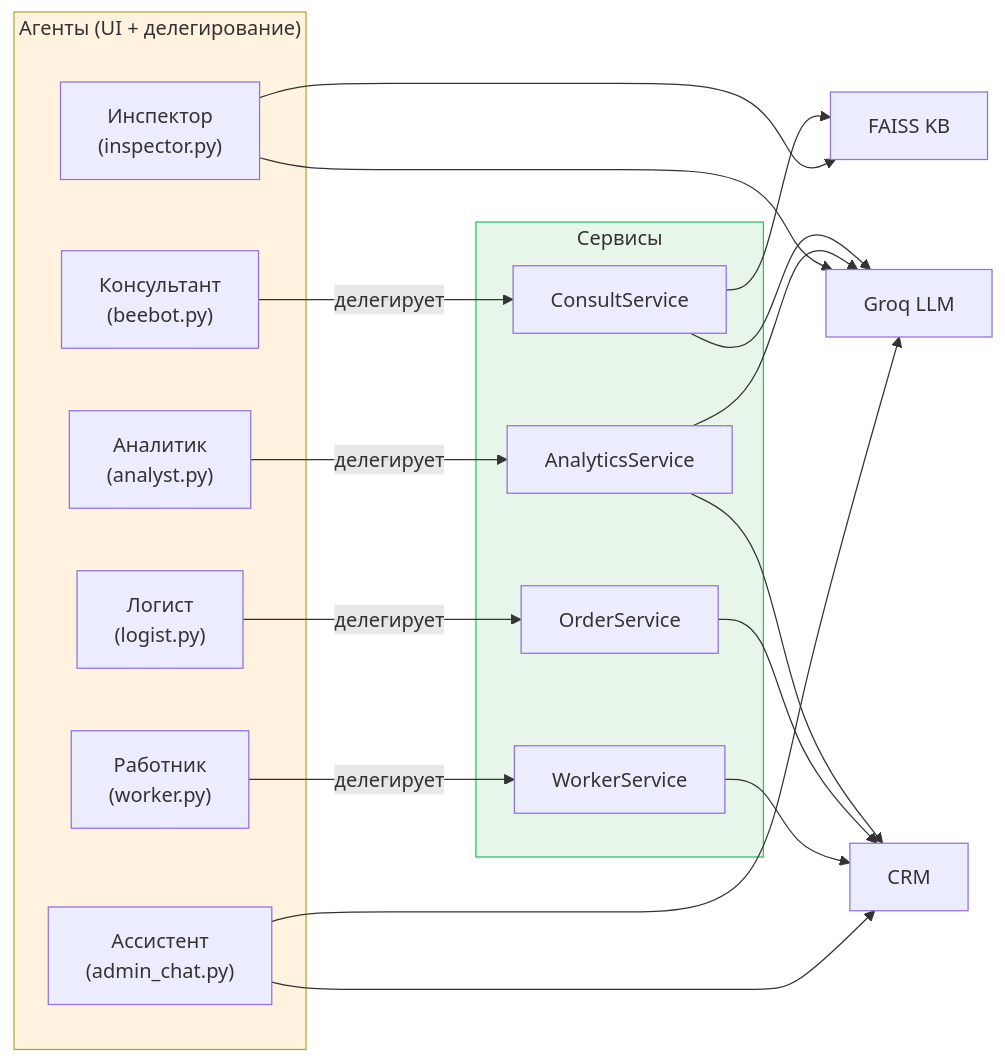
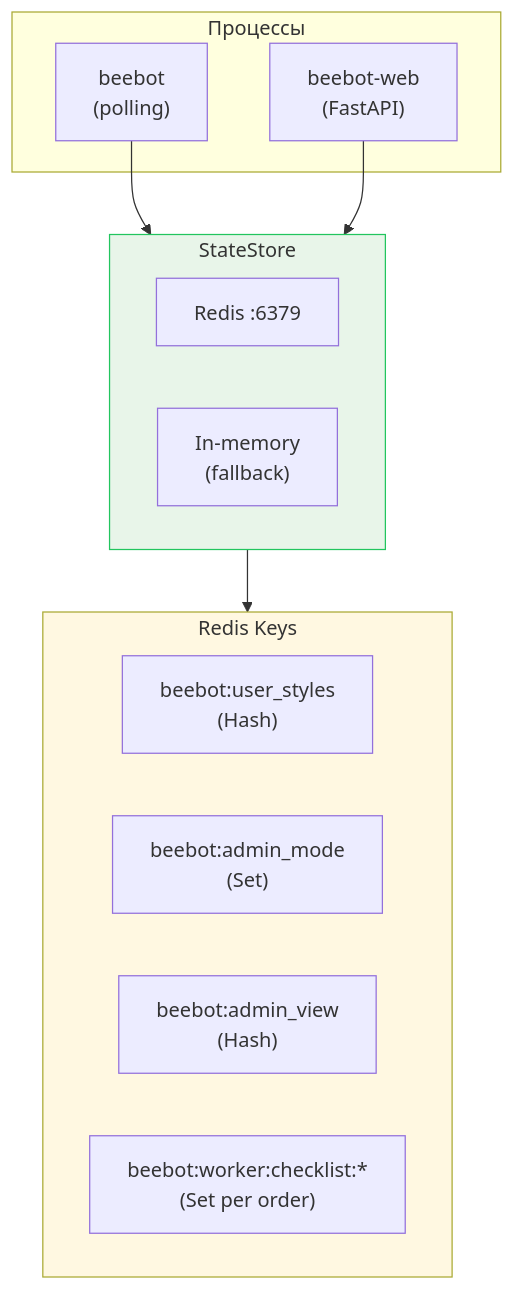
One commit to unidel2035/BEEBOT changed the seventh of 15 diagrams in docs/architecture.md. Above: the diagram before and after it, drawn with Mermaid. The commit also changed other lines of this file and 19 other files, not shown here.

````diff
--- a/docs/architecture.md
+++ b/docs/architecture.md
@@ -175,37 +316,26 @@
 ```mermaid
-graph LR
-    subgraph AGENTS["Агенты (UI + делегирование)"]
-        BEEBOT["Консультант<br/>(beebot.py)"]
-        LOGIST["Логист<br/>(logist.py)"]
-        ANALYST["Аналитик<br/>(analyst.py)"]
-        INSPECTOR["Инспектор<br/>(inspector.py)"]
-        ADMIN_CHAT["Ассистент<br/>(admin_chat.py)"]
-        WORKER_A["Работник<br/>(worker.py)"]
+graph TB
+    subgraph PROCESSES["Процессы"]
+        BOT["beebot<br/>(polling)"]
+        WEB["beebot-web<br/>(FastAPI)"]
     end
 
-    subgraph SERVICES["Сервисы"]
-        CS["ConsultService"]
-        AS["AnalyticsService"]
-        OS["OrderService"]
-        WS["WorkerService"]
+    subgraph STORE["StateStore"]
+        REDIS_STORE["Redis :6379"]
+        FALLBACK["In-memory<br/>(fallback)"]
     end
 
-    KB["FAISS KB"]
-    LLM["Groq LLM"]
-    CRM["CRM"]
+    subgraph KEYS["Redis Keys"]
+        K1["beebot:user_styles<br/>(Hash)"]
+        K2["beebot:admin_mode<br/>(Set)"]
+        K3["beebot:admin_view<br/>(Hash)"]
+        K4["beebot:worker:checklist:*<br/>(Set per order)"]
+    end
 
-    BEEBOT -->|"делегирует"| CS
-    ANALYST -->|"делегирует"| AS
-    LOGIST -->|"делегирует"| OS
-    WORKER_A -->|"делегирует"| WS
+    BOT --> STORE
+    WEB --> STORE
+    STORE --> KEYS
 
-    CS --> KB & LLM
-    AS --> CRM & LLM
-    OS --> CRM
-    WS --> CRM
-    INSPECTOR --> KB & LLM
-    ADMIN_CHAT --> CRM & LLM
-
-    style AGENTS fill:#fff3e0
-    style SERVICES fill:#e8f5e9,stroke:#22c55e
+    style STORE fill:#e8f5e9,stroke:#22c55e
+    style KEYS fill:#fff8e1
 ```
````
